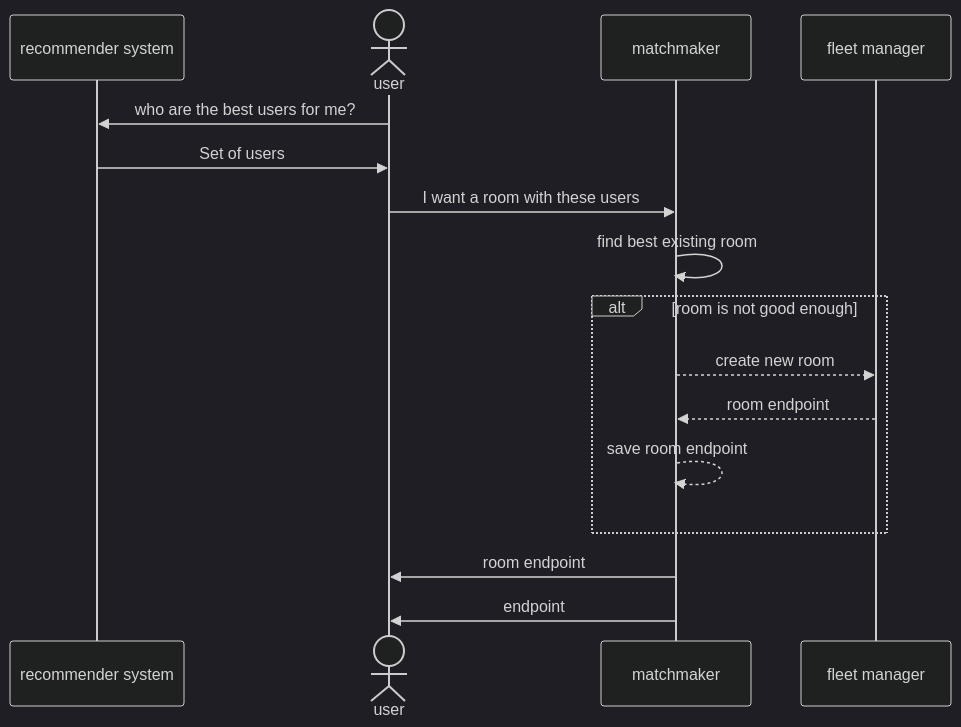
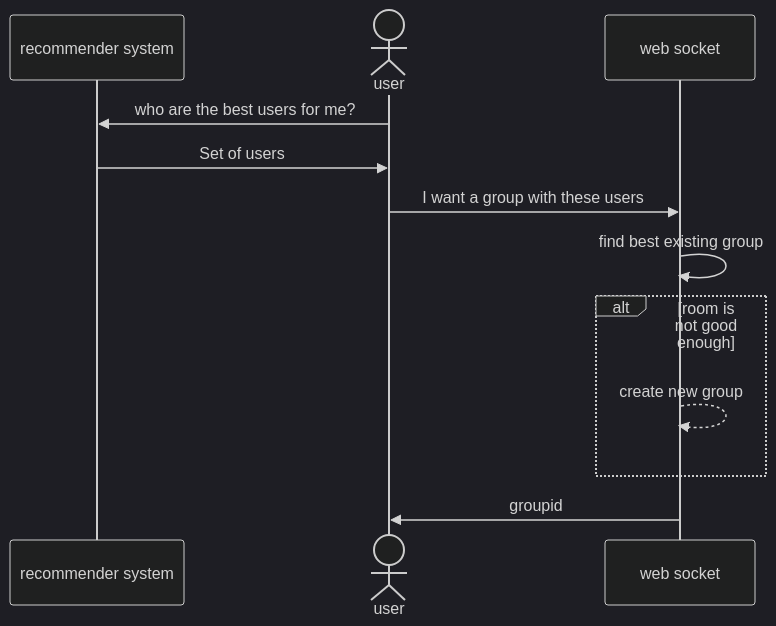
The first of 4 diagrams in README.md (AdrKacz/super-duper-guacamole), drawn with Mermaid (dark theme) before and after one commit. The commit also changed other lines of this file, not shown here.

````diff
--- a/README.md
+++ b/README.md
@@ -36,18 +36,15 @@
 ```mermaid
 sequenceDiagram
     participant r as recommender system
     actor u as user
-    participant m as matchmaker
-    participant f as fleet manager
+    participant w as web socket
+
     u ->> r: who are the best users for me?
     r ->> u: Set of users
-    u ->> m: I want a room with these users
-    m ->> m: find best existing room
+    u ->> w: I want a group with these users
+    w ->> w: find best existing group
     alt room is not good enough
-      m -->> f : create new room
-      f -->> m : room endpoint
-      m -->> m : save room endpoint
+      w -->> w : create new group
     end
-    m ->> u: room endpoint
-    m ->> u : endpoint
+    w ->> u: groupid
 ```
````
